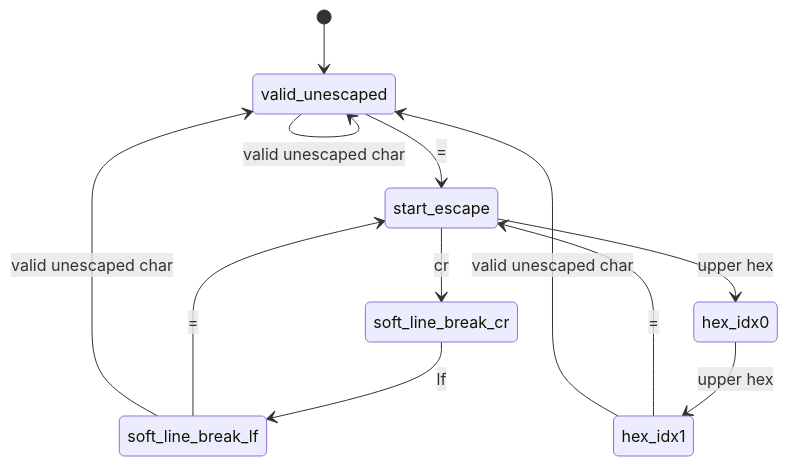
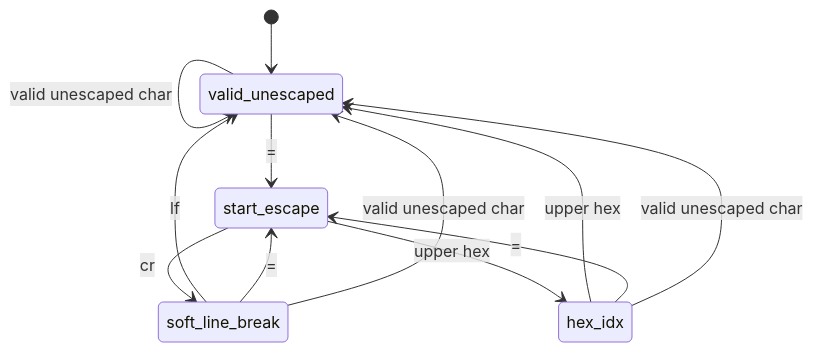
One commit to tschabo/qp changed the diagram in DECODE_DIAGRAM.md. Above: the diagram before and after it, drawn with Mermaid. The commit also changed 5 other files, not shown here.

````diff
--- a/DECODE_DIAGRAM.md
+++ b/DECODE_DIAGRAM.md
@@ -1,19 +1,18 @@
 ```mermaid
 stateDiagram-v2
     [*] --> valid_unescaped
     valid_unescaped --> valid_unescaped : valid unescaped char
     valid_unescaped --> start_escape : =
 
     # soft line break
-    start_escape --> soft_line_break_cr : cr
-    soft_line_break_cr --> soft_line_break_lf : lf
-    soft_line_break_lf --> start_escape : =
-    soft_line_break_lf --> valid_unescaped : valid unescaped char
+    start_escape --> soft_line_break : cr
+    soft_line_break --> valid_unescaped : lf
+    soft_line_break --> start_escape : =
+    soft_line_break --> valid_unescaped : valid unescaped char
 
-    
-    # hex escaped 
-    start_escape --> hex_idx0 : upper hex
-    hex_idx0 --> hex_idx1 : upper hex
-    hex_idx1 --> start_escape : =
-    hex_idx1 --> valid_unescaped : valid unescaped char
+    # hex escaped
+    start_escape --> hex_idx : upper hex
+    hex_idx --> valid_unescaped : upper hex
+    hex_idx --> start_escape : =
+    hex_idx --> valid_unescaped : valid unescaped char
 ```
````
